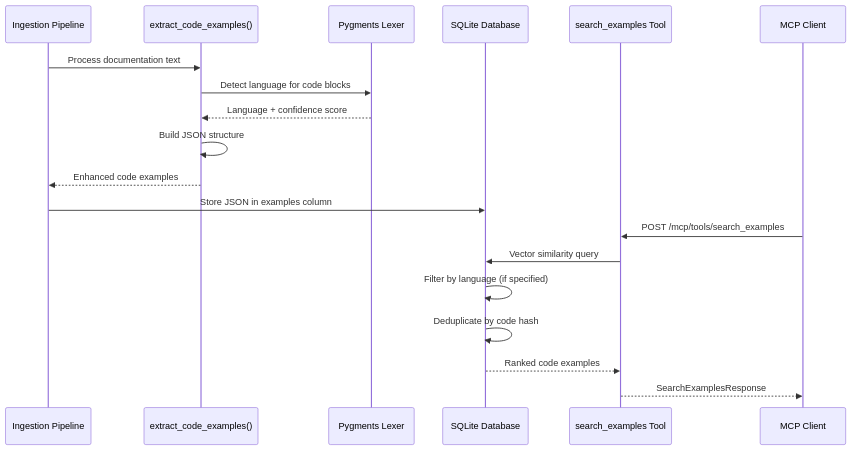
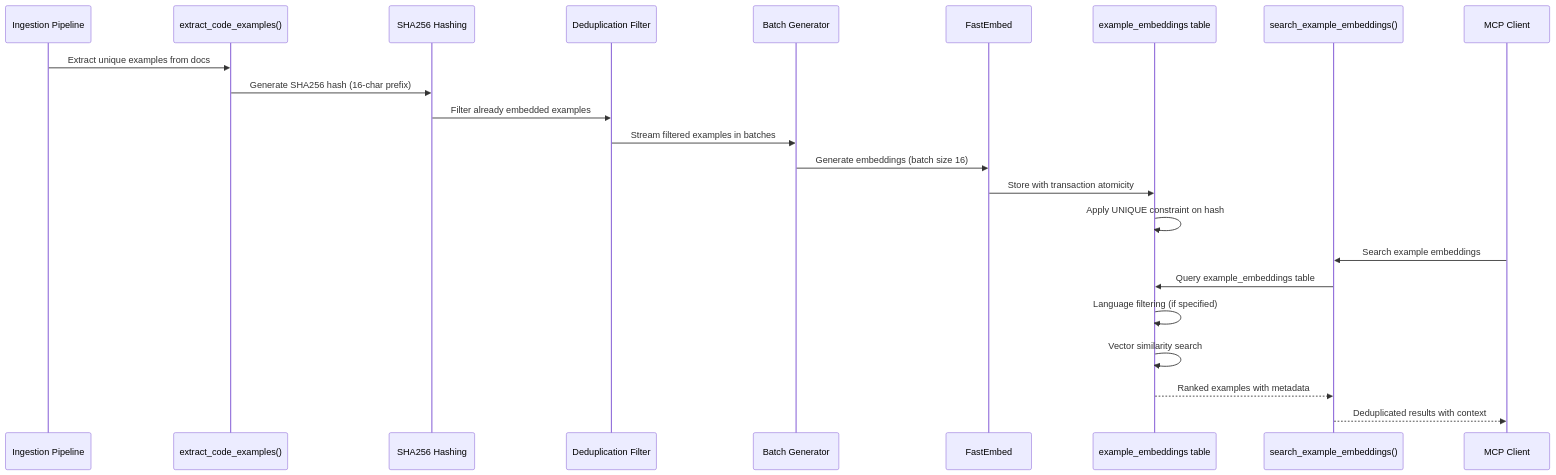
Diagram 30 of 31 in Architecture.md (RimoVR/docsrs-mcp), drawn with Mermaid before and after one commit. The commit also changed other lines of this file and 5 other files, not shown here.

First line of the commit message:
feat: Add dedicated vector embeddings for code examples

````diff
--- a/Architecture.md
+++ b/Architecture.md
@@ -2052,23 +2093,27 @@
 ```mermaid
 sequenceDiagram
     participant Ingest as Ingestion Pipeline
     participant Extract as extract_code_examples()
-    participant Pygments as Pygments Lexer
-    participant Storage as SQLite Database
-    participant Search as search_examples Tool
+    participant Hash as SHA256 Hashing
+    participant Dedup as Deduplication Filter
+    participant Batch as Batch Generator
+    participant Embed as FastEmbed
+    participant Storage as example_embeddings table
+    participant Search as search_example_embeddings()
     participant Client as MCP Client
     
-    Ingest->>Extract: Process documentation text
-    Extract->>Pygments: Detect language for code blocks
-    Pygments-->>Extract: Language + confidence score
-    Extract->>Extract: Build JSON structure
-    Extract-->>Ingest: Enhanced code examples
-    Ingest->>Storage: Store JSON in examples column
+    Ingest->>Extract: Extract unique examples from docs
+    Extract->>Hash: Generate SHA256 hash (16-char prefix)
+    Hash->>Dedup: Filter already embedded examples
+    Dedup->>Batch: Stream filtered examples in batches
+    Batch->>Embed: Generate embeddings (batch size 16)
+    Embed->>Storage: Store with transaction atomicity
+    Storage->>Storage: Apply UNIQUE constraint on hash
     
-    Client->>Search: POST /mcp/tools/search_examples
-    Search->>Storage: Vector similarity query
-    Storage->>Storage: Filter by language (if specified)
-    Storage->>Storage: Deduplicate by code hash
-    Storage-->>Search: Ranked code examples
-    Search-->>Client: SearchExamplesResponse
+    Client->>Search: Search example embeddings
+    Search->>Storage: Query example_embeddings table
+    Storage->>Storage: Language filtering (if specified)
+    Storage->>Storage: Vector similarity search
+    Storage-->>Search: Ranked examples with metadata
+    Search-->>Client: Deduplicated results with context
 ```
````
